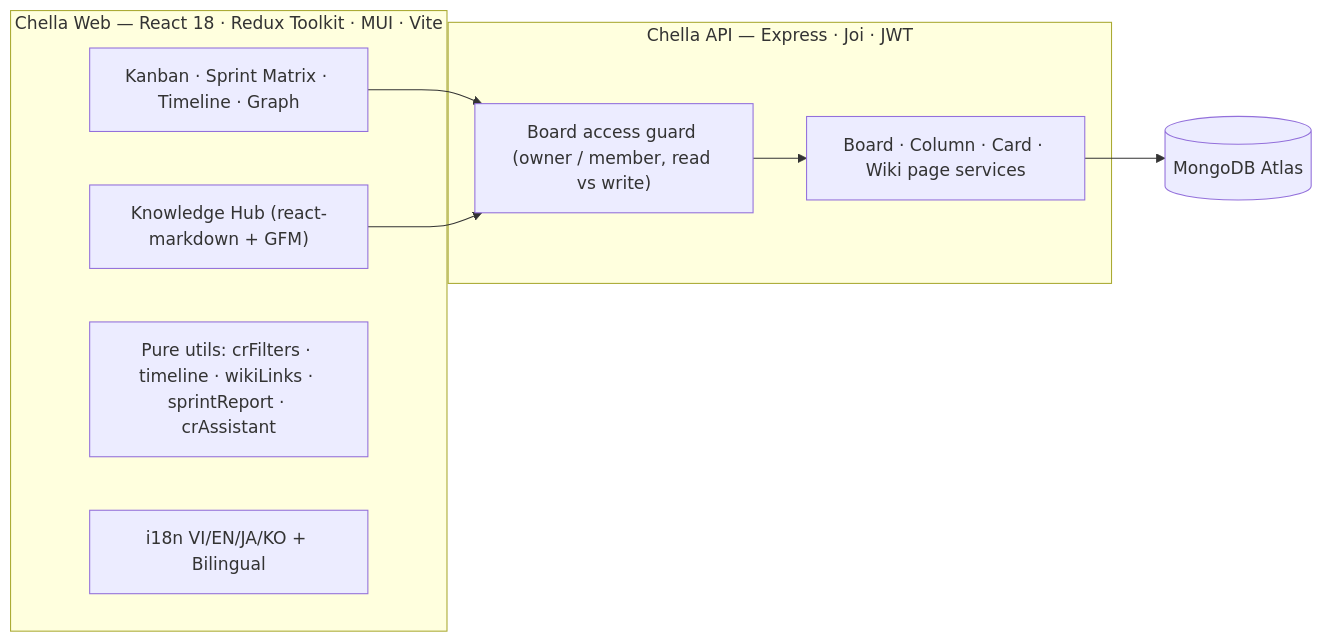
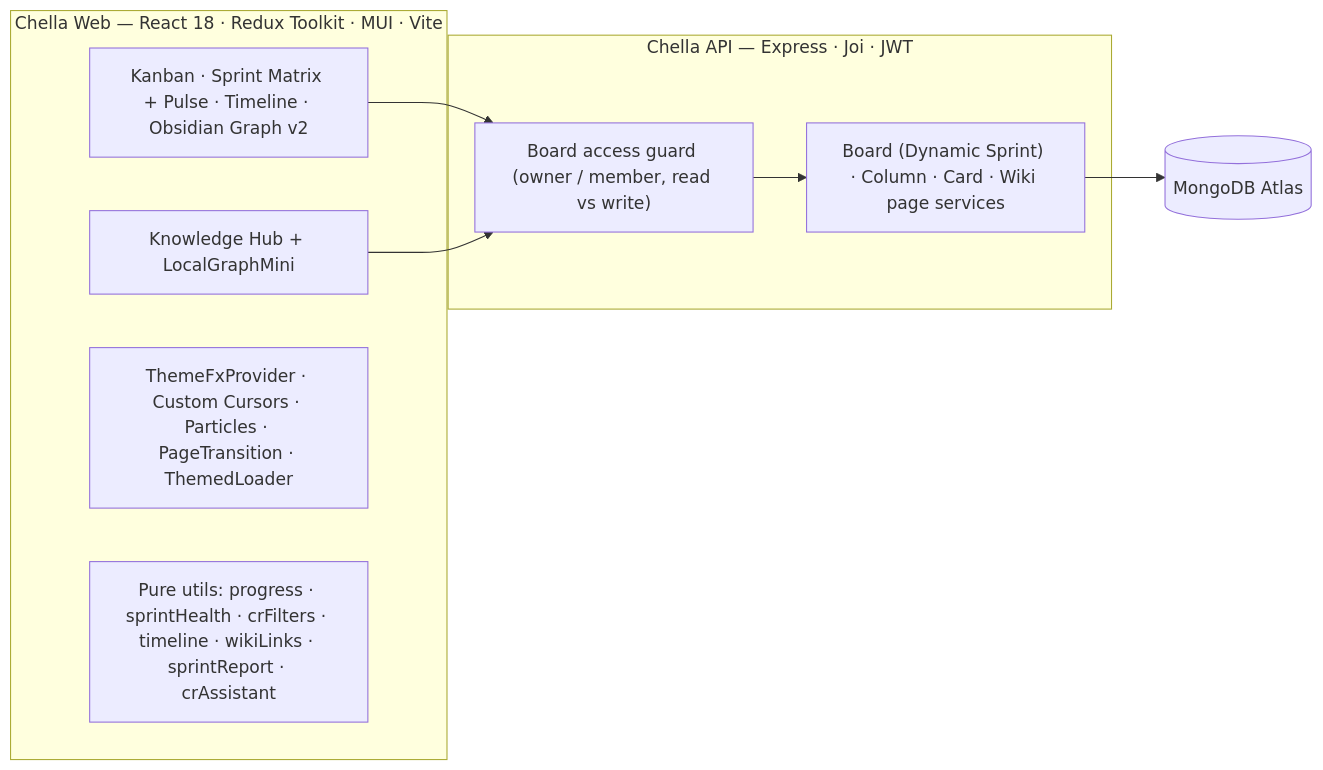
Before and after one commit to phuckid28/chello-web: the second of 2 diagrams in README.md, drawn with Mermaid. The commit also changed other lines of this file and 71 other files, not shown here.

Commit message:
feat: release Chella v6.0.0 with Obsidian Graph v2, themed cursors & FX engine, 10% step progress, Sprint Pulse, and page transitions

````diff
--- a/README.md
+++ b/README.md
@@ -87,17 +89,17 @@
 ```mermaid
 flowchart LR
   subgraph Client["Chella Web — React 18 · Redux Toolkit · MUI · Vite"]
-    VIEWS["Kanban · Sprint Matrix · Timeline · Graph"]
-    HUB["Knowledge Hub (react-markdown + GFM)"]
-    UTILS["Pure utils: crFilters · timeline · wikiLinks · sprintReport · crAssistant"]
-    I18N["i18n VI/EN/JA/KO + Bilingual"]
+    VIEWS["Kanban · Sprint Matrix + Pulse · Timeline · Obsidian Graph v2"]
+    HUB["Knowledge Hub + LocalGraphMini"]
+    FX["ThemeFxProvider · Custom Cursors · Particles · PageTransition · ThemedLoader"]
+    UTILS["Pure utils: progress · sprintHealth · crFilters · timeline · wikiLinks · sprintReport · crAssistant"]
   end
   subgraph Server["Chella API — Express · Joi · JWT"]
     ACCESS["Board access guard (owner / member, read vs write)"]
-    SVC["Board · Column · Card · Wiki page services"]
+    SVC["Board (Dynamic Sprint) · Column · Card · Wiki page services"]
   end
   MONGO[("MongoDB Atlas")]
   VIEWS --> ACCESS
   HUB --> ACCESS
   ACCESS --> SVC --> MONGO
 ```
````
